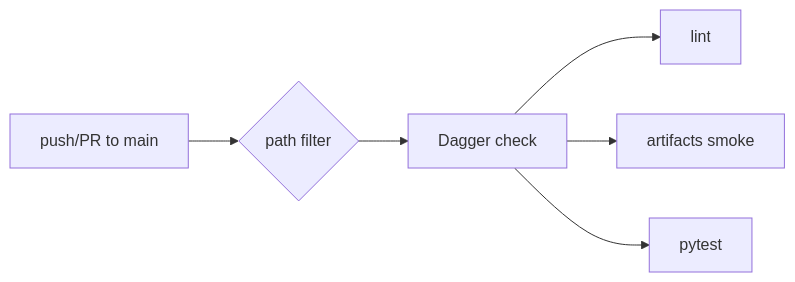
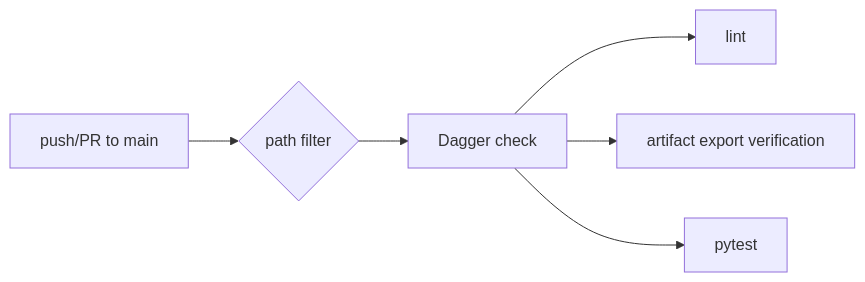
The diagram in website/docs/workflows/ci-and-dagger.md (Coffee2Bits/CAD-as-Code-Template), drawn with Mermaid before and after one commit. The commit also changed other lines of this file and 24 other files, not shown here.

````diff
--- a/website/docs/workflows/ci-and-dagger.md
+++ b/website/docs/workflows/ci-and-dagger.md
@@ -7,8 +7,8 @@
 ```mermaid
 flowchart LR
   PUSH["push/PR to main"] --> FILTER{"path filter"}
   FILTER --> DAG["Dagger check"]
   DAG --> LINT["lint"]
-  DAG --> ART["artifacts smoke"]
+  DAG --> ART["artifact export verification"]
   DAG --> TEST["pytest"]
 ```
````
